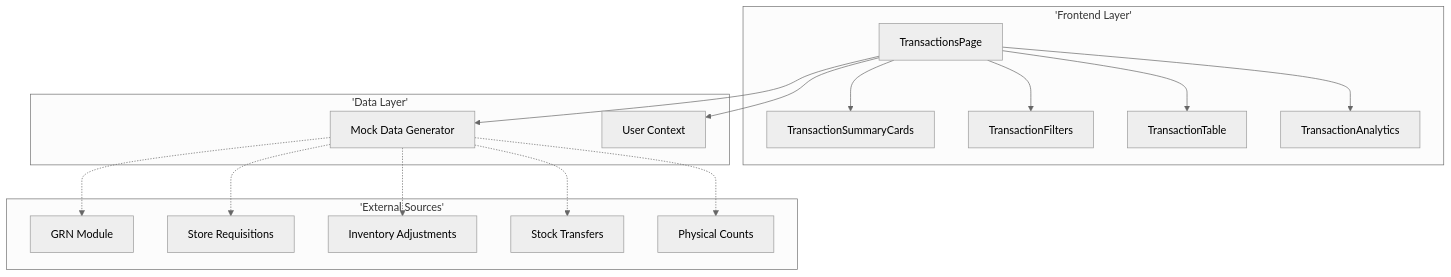
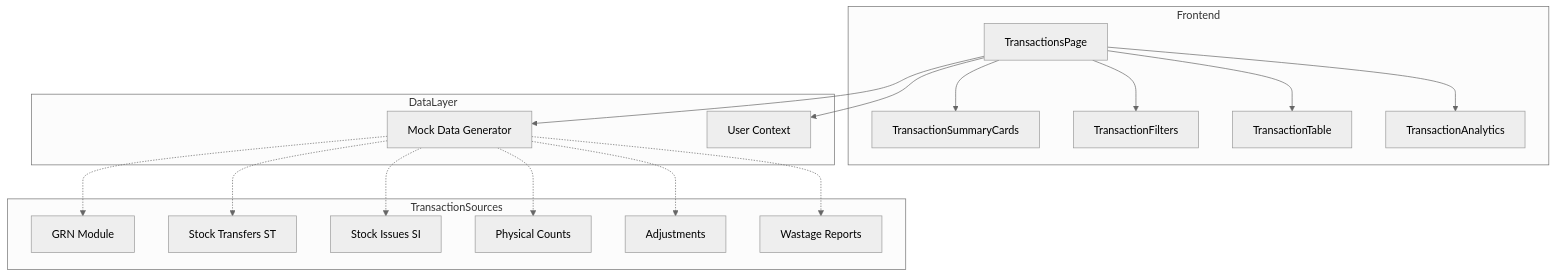
The first of 3 diagrams in docs/app/inventory-management/transactions/TS-inventory-transactions.md (PeakMNA/carmen), drawn with Mermaid (neutral theme) before and after one commit. The commit also changed other lines of this file and 473 other files, not shown here.

````diff
--- a/docs/app/inventory-management/transactions/TS-inventory-transactions.md
+++ b/docs/app/inventory-management/transactions/TS-inventory-transactions.md
@@ -15,30 +21,32 @@
 ```mermaid
 graph TB
-    subgraph 'Frontend Layer'
+    subgraph Frontend
         A[TransactionsPage] --> B[TransactionSummaryCards]
         A --> C[TransactionFilters]
         A --> D[TransactionTable]
         A --> E[TransactionAnalytics]
     end
 
-    subgraph 'Data Layer'
+    subgraph DataLayer
         F[Mock Data Generator]
         G[User Context]
     end
 
-    subgraph 'External Sources'
+    subgraph TransactionSources
         H[GRN Module]
-        I[Store Requisitions]
-        J[Inventory Adjustments]
-        K[Stock Transfers]
-        L[Physical Counts]
+        I[Stock Transfers ST]
+        J[Stock Issues SI]
+        K[Physical Counts]
+        L[Adjustments]
+        M[Wastage Reports]
     end
 
     A --> F
     A --> G
     F -.-> H
     F -.-> I
     F -.-> J
     F -.-> K
     F -.-> L
+    F -.-> M
 ```
````
